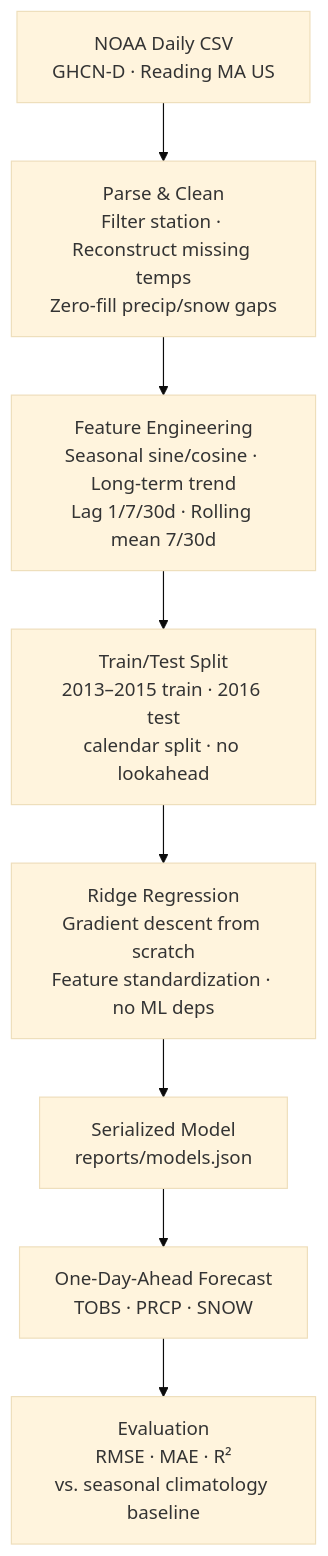
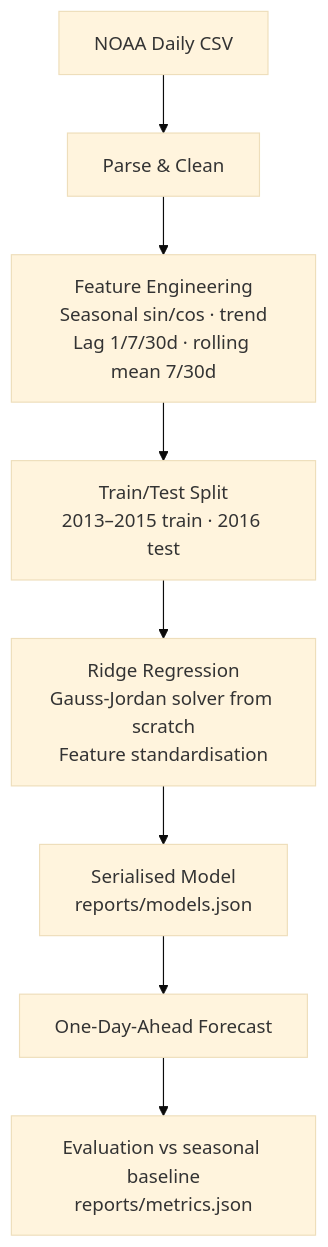
One commit to czhao-dev/ML-Wearable-Motion-Classifier changed the second of 2 diagrams in ml-boston-climate-modeler/README.md. Above: the diagram before and after it, drawn with Mermaid (base theme). The commit also changed other lines of this file and 19 other files, not shown here.

````diff
--- a/ml-boston-climate-modeler/README.md
+++ b/ml-boston-climate-modeler/README.md
@@ -81,10 +109,10 @@
 ```mermaid
 flowchart TD
-    A["NOAA Daily CSV\nGHCN-D · Reading MA US"] --> B["Parse & Clean\nFilter station · Reconstruct missing temps\nZero-fill precip/snow gaps"]
-    B --> C["Feature Engineering\nSeasonal sine/cosine · Long-term trend\nLag 1/7/30d · Rolling mean 7/30d"]
-    C --> D["Train/Test Split\n2013–2015 train · 2016 test\ncalendar split · no lookahead"]
-    D --> E["Ridge Regression\nGradient descent from scratch\nFeature standardization · no ML deps"]
-    E --> F["Serialized Model\nreports/models.json"]
-    F --> G["One-Day-Ahead Forecast\nTOBS · PRCP · SNOW"]
-    G --> H["Evaluation\nRMSE · MAE · R²\nvs. seasonal climatology baseline"]
+    A["NOAA Daily CSV"] --> B["Parse & Clean"]
+    B --> C["Feature Engineering\nSeasonal sin/cos · trend\nLag 1/7/30d · rolling mean 7/30d"]
+    C --> D["Train/Test Split\n2013–2015 train · 2016 test"]
+    D --> E["Ridge Regression\nGauss-Jordan solver from scratch\nFeature standardisation"]
+    E --> F["Serialised Model\nreports/models.json"]
+    F --> G["One-Day-Ahead Forecast"]
+    G --> H["Evaluation vs seasonal baseline\nreports/metrics.json"]
 ```
````
